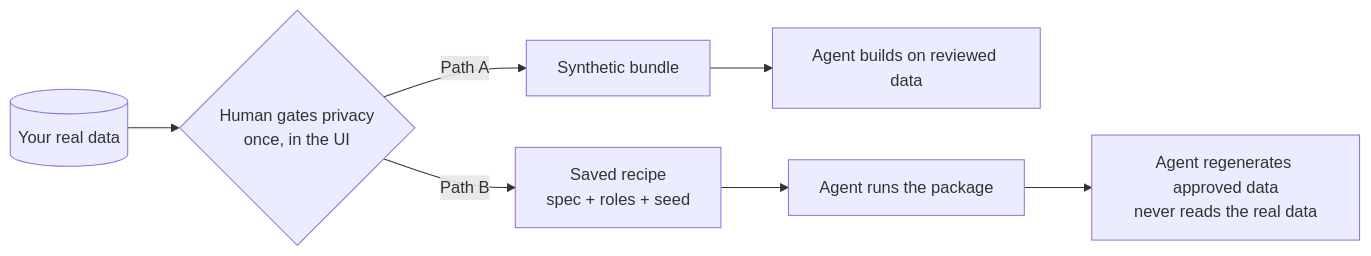
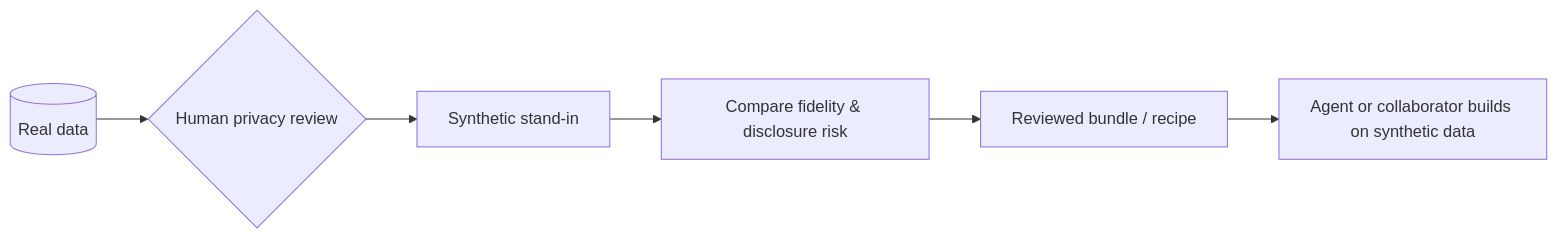
One commit to lennon-li/dataganger changed the diagram in README.md. Above: the diagram before and after it, drawn with Mermaid. The commit also changed other lines of this file, not shown here.

````diff
--- a/README.md
+++ b/README.md
@@ -57,6 +30,8 @@
 ```mermaid
 flowchart LR
-  R[(Your real data)] --> G{Human gates privacy<br/>once, in the UI}
-  G -->|Path A| Bun[Synthetic bundle] --> AG1[Agent builds on reviewed data]
-  G -->|Path B| Rec[Saved recipe<br/>spec + roles + seed] --> CLI[Agent runs the package] --> AG2[Agent regenerates approved data<br/>never reads the real data]
+  R[(Real data)] --> H{Human privacy review}
+  H --> S[Synthetic stand-in]
+  S --> C[Compare fidelity & disclosure risk]
+  C --> B[Reviewed bundle / recipe]
+  B --> A[Agent or collaborator builds on synthetic data]
 ```
````
